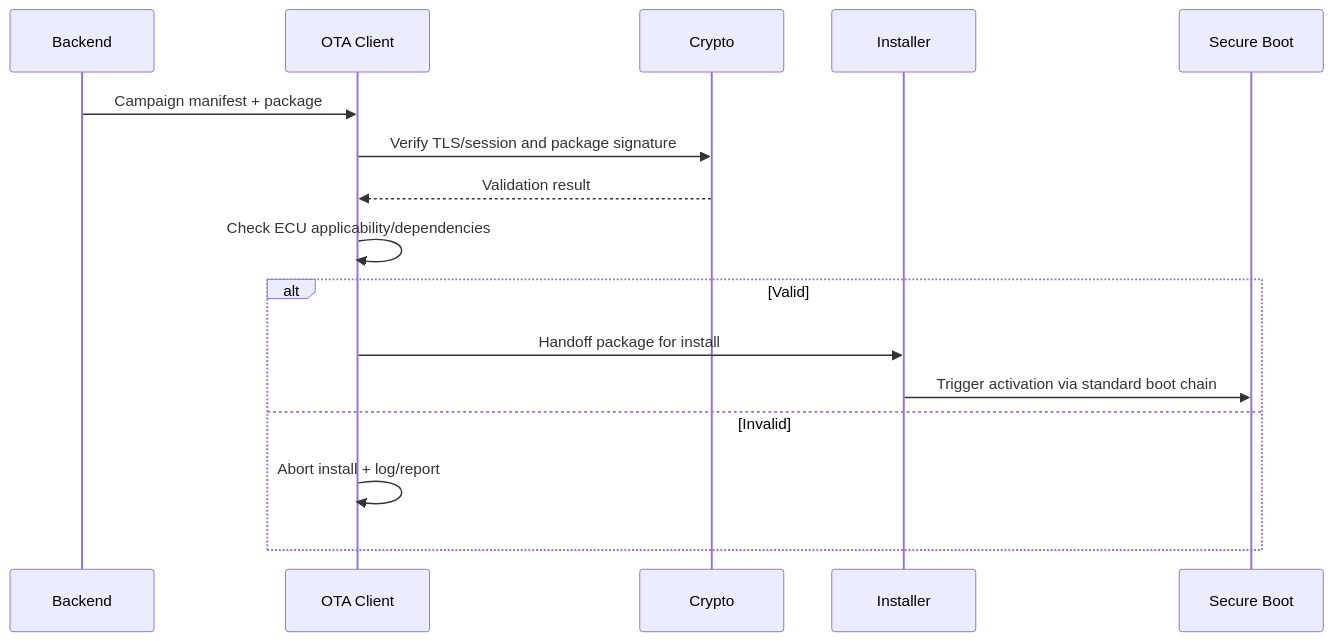
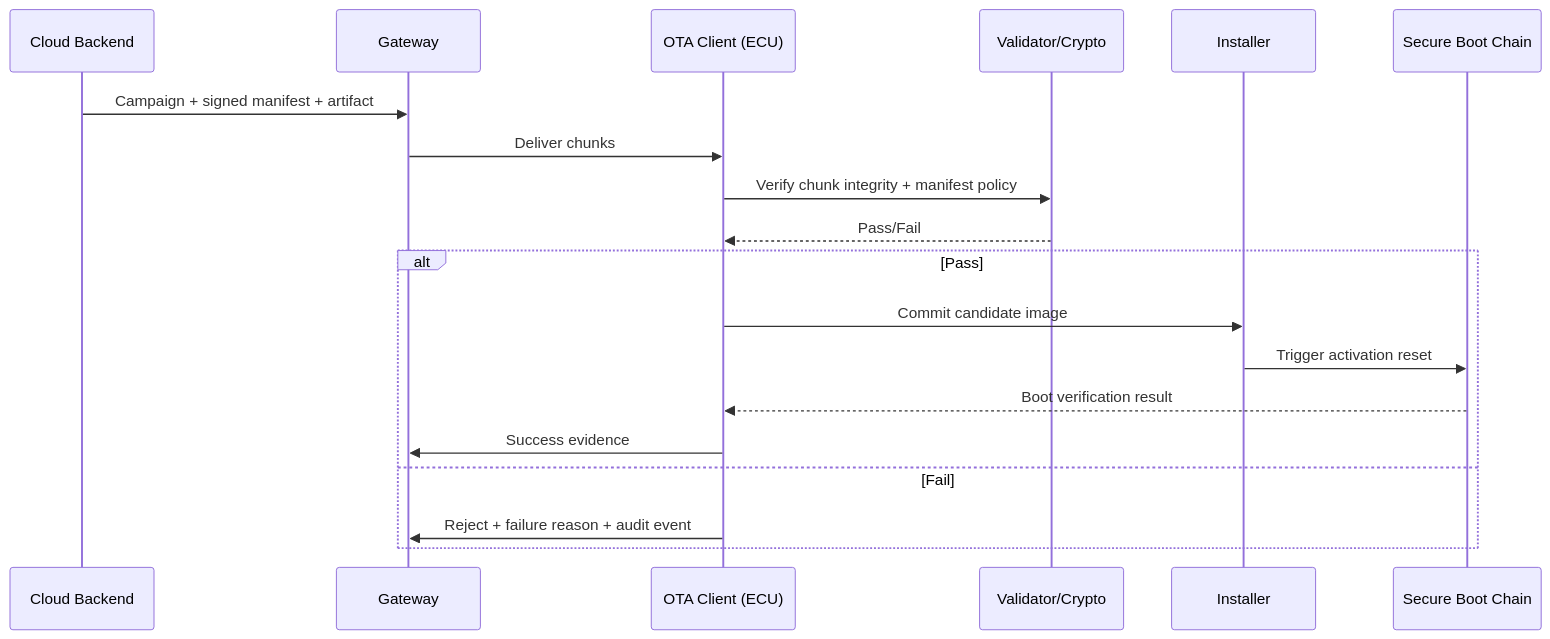
One commit to vinodneelakantam/Sec_Concepts_Req_tracability changed the third of 3 diagrams in TDA4VM_OTA_FOTA_SOTA_Requirements.md. Above: the diagram before and after it, drawn with Mermaid. The commit also changed other lines of this file and 7 other files, not shown here.

````diff
--- a/TDA4VM_OTA_FOTA_SOTA_Requirements.md
+++ b/TDA4VM_OTA_FOTA_SOTA_Requirements.md
@@ -81,19 +77,22 @@
 ```mermaid
 sequenceDiagram
-  participant B as Backend
-  participant O as OTA Client
-  participant C as Crypto
+  participant C as Cloud Backend
+  participant G as Gateway
+  participant E as OTA Client (ECU)
+  participant V as Validator/Crypto
   participant I as Installer
-  participant S as Secure Boot
+  participant B as Secure Boot Chain
 
-  B->>O: Campaign manifest + package
-  O->>C: Verify TLS/session and package signature
-  C-->>O: Validation result
-  O->>O: Check ECU applicability/dependencies
-  alt Valid
-    O->>I: Handoff package for install
-    I->>S: Trigger activation via standard boot chain
-  else Invalid
-    O->>O: Abort install + log/report
+  C->>G: Campaign + signed manifest + artifact
+  G->>E: Deliver chunks
+  E->>V: Verify chunk integrity + manifest policy
+  V-->>E: Pass/Fail
+  alt Pass
+    E->>I: Commit candidate image
+    I->>B: Trigger activation reset
+    B-->>E: Boot verification result
+    E->>G: Success evidence
+  else Fail
+    E->>G: Reject + failure reason + audit event
   end
 ```
````
